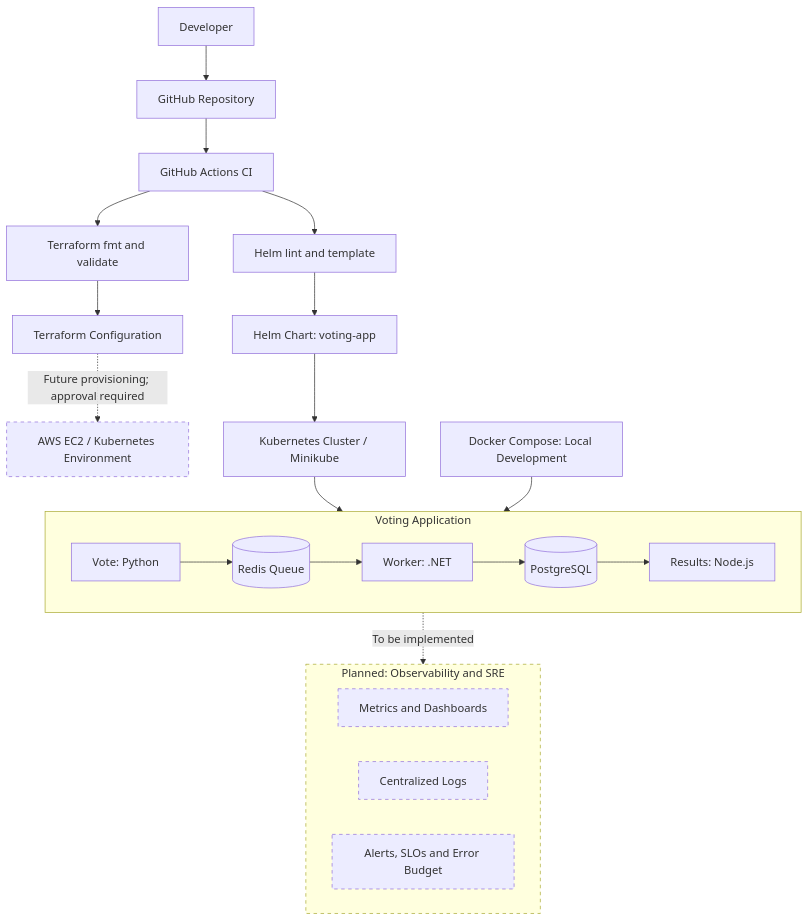
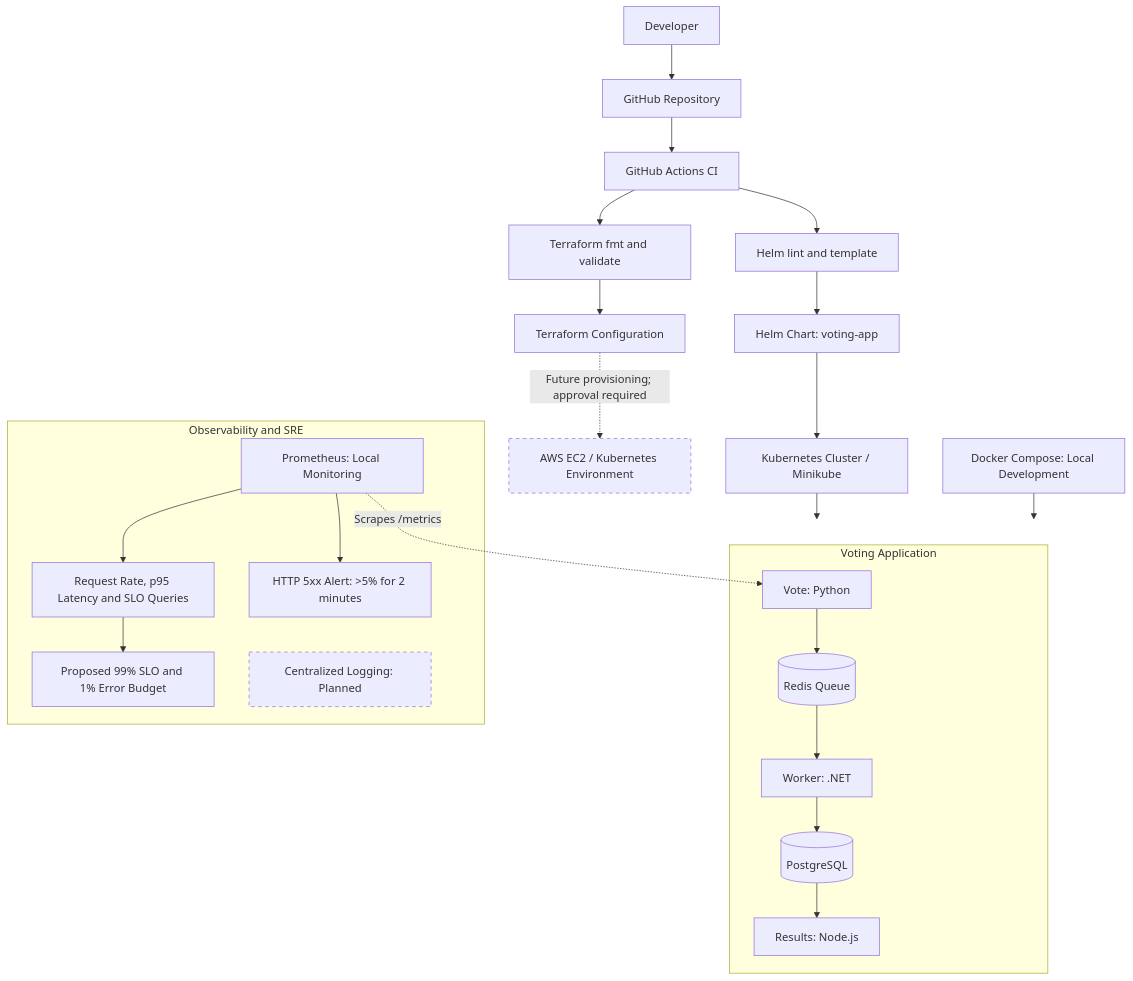
Before and after one commit to mudiafirm/example-voting-app-Ptsa-HcaP: the diagram in docs/architecture.mmd, drawn with Mermaid.

Commit message:
docs: update architecture with Prometheus monitoring

```diff
--- a/docs/architecture.mmd
+++ b/docs/architecture.mmd
@@ -1,34 +1,39 @@
-
 flowchart TB
     Developer["Developer"] --> GitHub["GitHub Repository"]
     GitHub --> Actions["GitHub Actions CI"]
 
     Actions --> TFCheck["Terraform fmt and validate"]
     Actions --> HelmCheck["Helm lint and template"]
 
     TFCheck --> TF["Terraform Configuration"]
     TF -. "Future provisioning; approval required" .-> AWS["AWS EC2 / Kubernetes Environment"]
 
     HelmCheck --> Chart["Helm Chart: voting-app"]
     Chart --> K8s["Kubernetes Cluster / Minikube"]
 
     subgraph App["Voting Application"]
-        Vote["Vote: Python"] --> Redis[("Redis Queue")]
+        Vote["Vote: Python"]
+        Vote --> Redis[("Redis Queue")]
         Redis --> Worker["Worker: .NET"]
         Worker --> DB[("PostgreSQL")]
         DB --> Result["Results: Node.js"]
     end
 
     K8s --> App
     Compose["Docker Compose: Local Development"] --> App
 
-    subgraph Future["Planned: Observability and SRE"]
-        Metrics["Metrics and Dashboards"]
-        Logs["Centralized Logs"]
-        Alerts["Alerts, SLOs and Error Budget"]
+    subgraph Observability["Observability and SRE"]
+        Prometheus["Prometheus: Local Monitoring"]
+        Queries["Request Rate, p95 Latency and SLO Queries"]
+        Alerts["HTTP 5xx Alert: >5% for 2 minutes"]
+        SLO["Proposed 99% SLO and 1% Error Budget"]
+        Logs["Centralized Logging: Planned"]
     end
 
-    App -. "To be implemented" .-> Future
+    Prometheus -. "Scrapes /metrics" .-> Vote
+    Prometheus --> Queries
+    Prometheus --> Alerts
+    Queries --> SLO
 
     classDef planned stroke-dasharray: 5 5
-    class AWS,Future,Metrics,Logs,Alerts planned
+    class AWS,Logs planned
```
